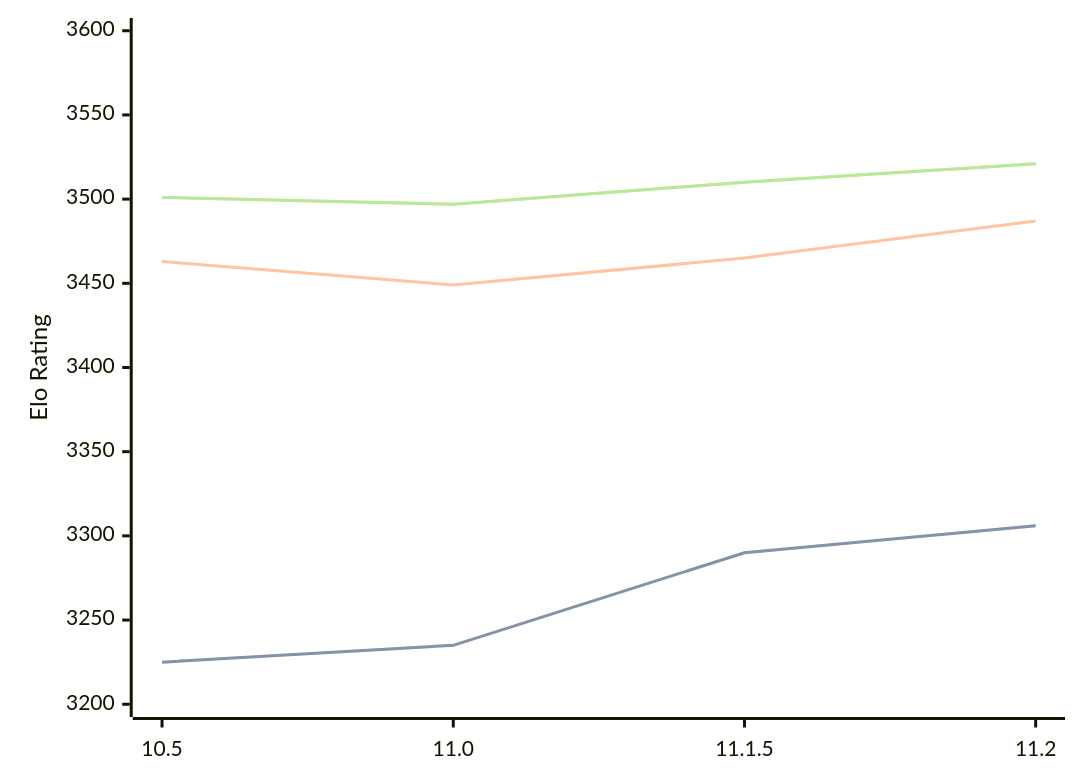
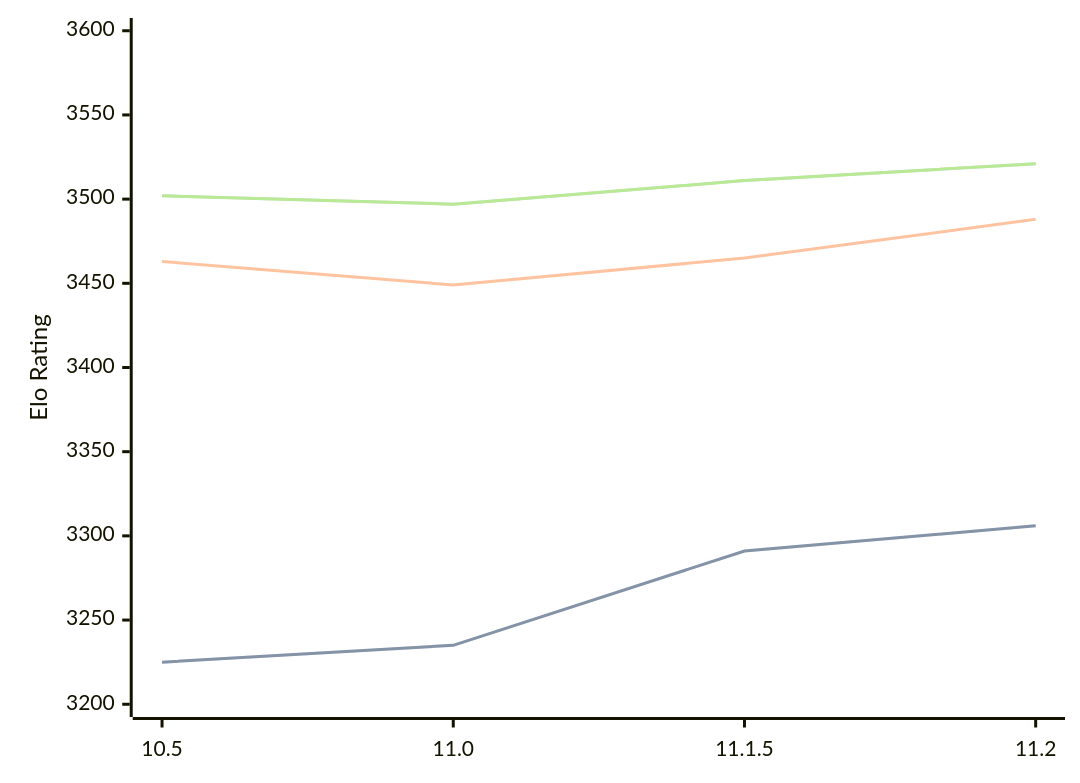
One commit to computer-chess-index/cci changed the diagram in engines/Lizard.md. Above: the diagram before and after it, drawn with Mermaid. The commit also changed other lines of this file, not shown here.

Commit message:
Update CCI Ratings (ELO VLTC) - 2026-09-09

````diff
--- a/engines/Lizard.md
+++ b/engines/Lizard.md
@@ -34,11 +34,11 @@
 ```mermaid
 %%{init: {"theme":"base","themeVariables":{"seriesColors:['#a3a3a3','#222221','#faa371']}}}%%
 xychart-beta
   x-axis ["10.5", "11.0", "11.1.5", "11.2"]
   y-axis "Elo Rating" 3200 --> 3600
-  line "" [3225, 3235, 3290, 3306]
-  line "STC (8.0+0.08s)" [3225, 3235, 3290, 3306]
-  line "LTC (60.0+0.60s)" [3463, 3449, 3465, 3487]
-  line "" [3501, 3497, 3510, 3521]
-  line "VLTC (2m24s+1.12s)" [3501, 3497, 3510, 3521]
+  line "" [3225, 3235, 3291, 3306]
+  line "STC (8.0+0.08s)" [3225, 3235, 3291, 3306]
+  line "LTC (60.0+0.60s)" [3463, 3449, 3465, 3488]
+  line "" [3502, 3497, 3511, 3521]
+  line "VLTC (2m24s+1.12s)" [3502, 3497, 3511, 3521]
 ```
````
